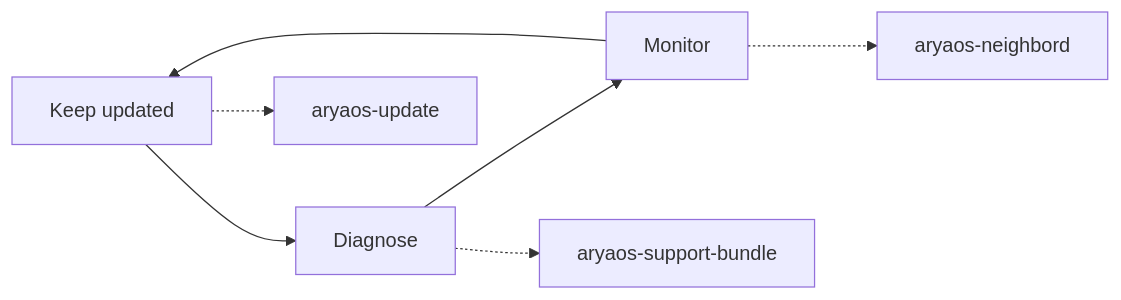
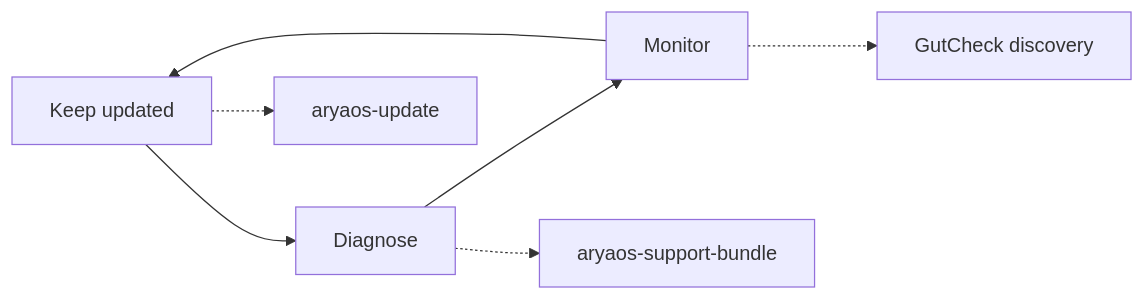
One commit to snstac/aryaos changed the diagram in docs/operations/index.md. Above: the diagram before and after it, drawn with Mermaid. The commit also changed 83 other files, not shown here.

Commit message:
Integrate GutCheck discovery and explicit DJI service

````diff
--- a/docs/operations/index.md
+++ b/docs/operations/index.md
@@ -10,9 +10,9 @@
 ```mermaid
 flowchart LR
     K[Keep updated] --> D[Diagnose]
     D --> M[Monitor]
     M --> K
     K -.-> U[aryaos-update]
     D -.-> S[aryaos-support-bundle]
-    M -.-> N[aryaos-neighbord]
+    M -.-> N[GutCheck discovery]
 ```
````
